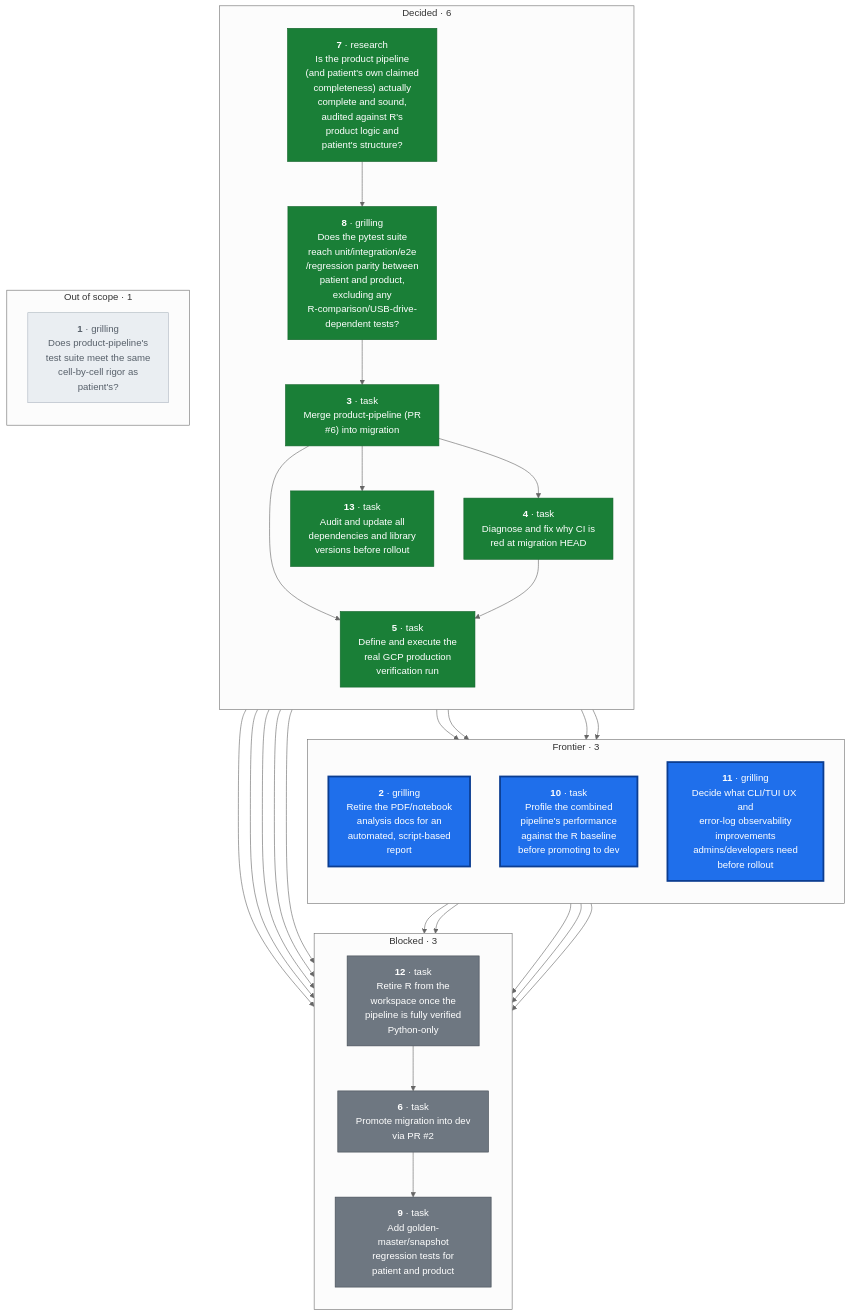
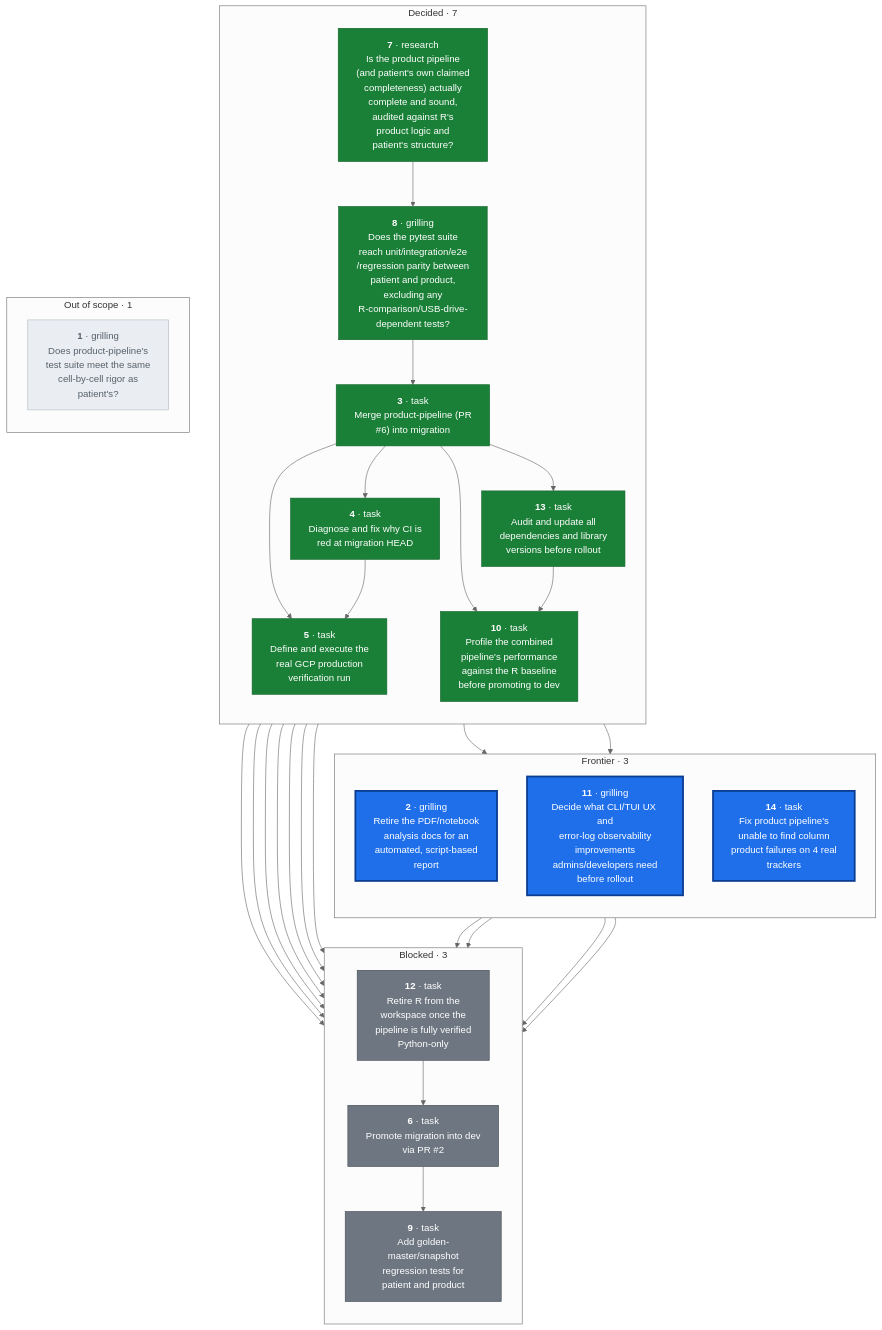
The diagram in docs/wayfinder/graph.mmd (CorrelAid/a4d), drawn with Mermaid (neutral theme) before and after one commit. The commit also changed 7 other files, not shown here.

First line of the commit message:
Close ticket 10 (performance profiling), spawn ticket 14 (product bug)

```diff
--- a/docs/wayfinder/graph.mmd
+++ b/docs/wayfinder/graph.mmd
@@ -1,58 +1,60 @@
 flowchart TD
   subgraph FRONTIER["Frontier · 3"]
     direction TB
     T2["<b>2</b> · grilling<br/>Retire the PDF/notebook<br/>analysis docs for an<br/>automated, script-based<br/>report"]
-    T10["<b>10</b> · task<br/>Profile the combined<br/>pipeline's performance<br/>against the R baseline<br/>before promoting to dev"]
     T11["<b>11</b> · grilling<br/>Decide what CLI/TUI UX and<br/>error-log observability<br/>improvements<br/>admins/developers need<br/>before rollout"]
+    T14["<b>14</b> · task<br/>Fix product pipeline's<br/>unable to find column<br/>product failures on 4 real<br/>trackers"]
   end
   subgraph BLOCKED["Blocked · 3"]
     direction TB
     T6["<b>6</b> · task<br/>Promote migration into dev<br/>via PR #2"]
     T9["<b>9</b> · task<br/>Add golden-master/snapshot<br/>regression tests for<br/>patient and product"]
     T12["<b>12</b> · task<br/>Retire R from the<br/>workspace once the<br/>pipeline is fully verified<br/>Python-only"]
   end
-  subgraph DECIDED["Decided · 6"]
+  subgraph DECIDED["Decided · 7"]
     direction TB
     T3["<b>3</b> · task<br/>Merge product-pipeline (PR<br/>#6) into migration"]
     T4["<b>4</b> · task<br/>Diagnose and fix why CI is<br/>red at migration HEAD"]
     T5["<b>5</b> · task<br/>Define and execute the<br/>real GCP production<br/>verification run"]
     T7["<b>7</b> · research<br/>Is the product pipeline<br/>(and patient's own claimed<br/>completeness) actually<br/>complete and sound,<br/>audited against R's<br/>product logic and<br/>patient's structure?"]
     T8["<b>8</b> · grilling<br/>Does the pytest suite<br/>reach unit/integration/e2e<br/>/regression parity between<br/>patient and product,<br/>excluding any<br/>R-comparison/USB-drive-<br/>dependent tests?"]
+    T10["<b>10</b> · task<br/>Profile the combined<br/>pipeline's performance<br/>against the R baseline<br/>before promoting to dev"]
     T13["<b>13</b> · task<br/>Audit and update all<br/>dependencies and library<br/>versions before rollout"]
   end
   subgraph DROPPED["Out of scope · 1"]
     direction TB
     T1["<b>1</b> · grilling<br/>Does product-pipeline's<br/>test suite meet the same<br/>cell-by-cell rigor as<br/>patient's?"]
   end
 
   T2 --> T6
   T2 --> T12
   T3 --> T2
   T3 --> T4
   T3 --> T5
   T3 --> T6
   T3 --> T10
   T3 --> T11
   T3 --> T13
   T4 --> T5
   T4 --> T6
   T5 --> T6
   T6 --> T9
   T7 --> T8
   T8 --> T3
   T8 --> T6
   T10 --> T6
   T10 --> T12
   T11 --> T6
   T12 --> T6
   T13 --> T6
   T13 --> T10
+  T14 --> T6
 
   classDef frontier fill:#1f6feb,stroke:#0b3d91,stroke-width:3px,color:#ffffff
-  class T2,T10,T11 frontier
+  class T2,T11,T14 frontier
   classDef blocked fill:#6e7781,stroke:#424a53,stroke-width:1px,color:#ffffff
   class T6,T9,T12 blocked
   classDef decided fill:#1a7f37,stroke:#116329,stroke-width:1px,color:#ffffff
-  class T3,T4,T5,T7,T8,T13 decided
+  class T3,T4,T5,T7,T8,T10,T13 decided
   classDef dropped fill:#eaeef2,stroke:#afb8c1,stroke-width:1px,color:#57606a
   class T1 dropped
```
